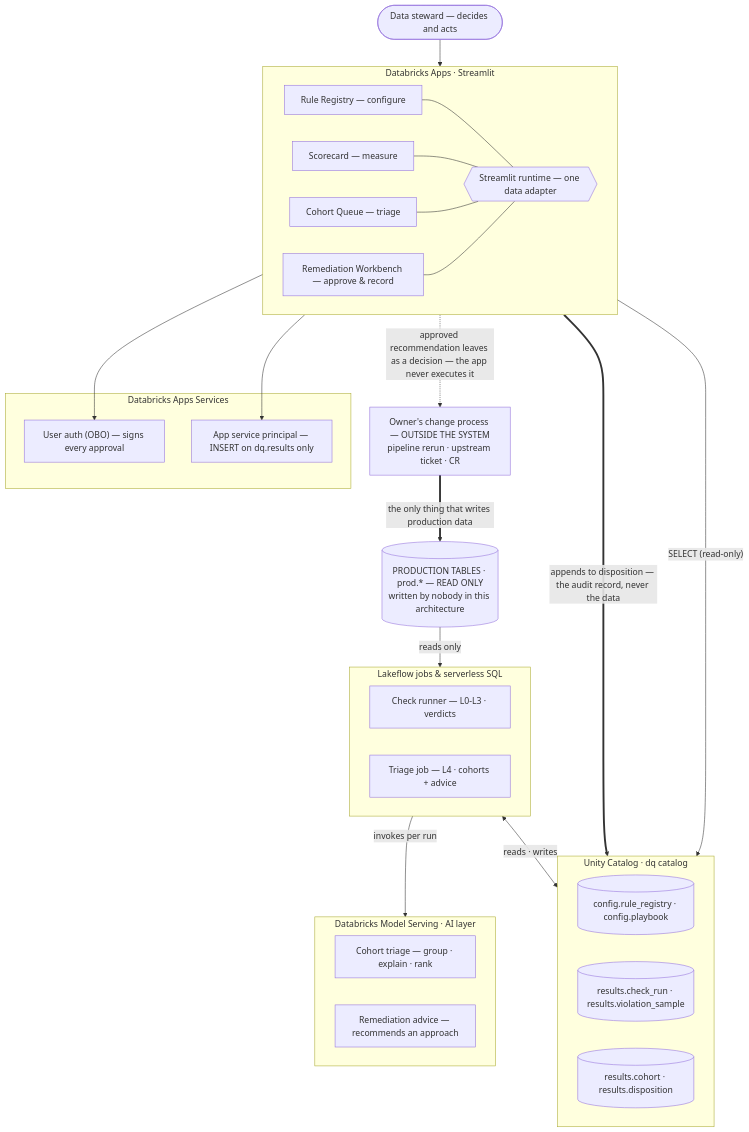
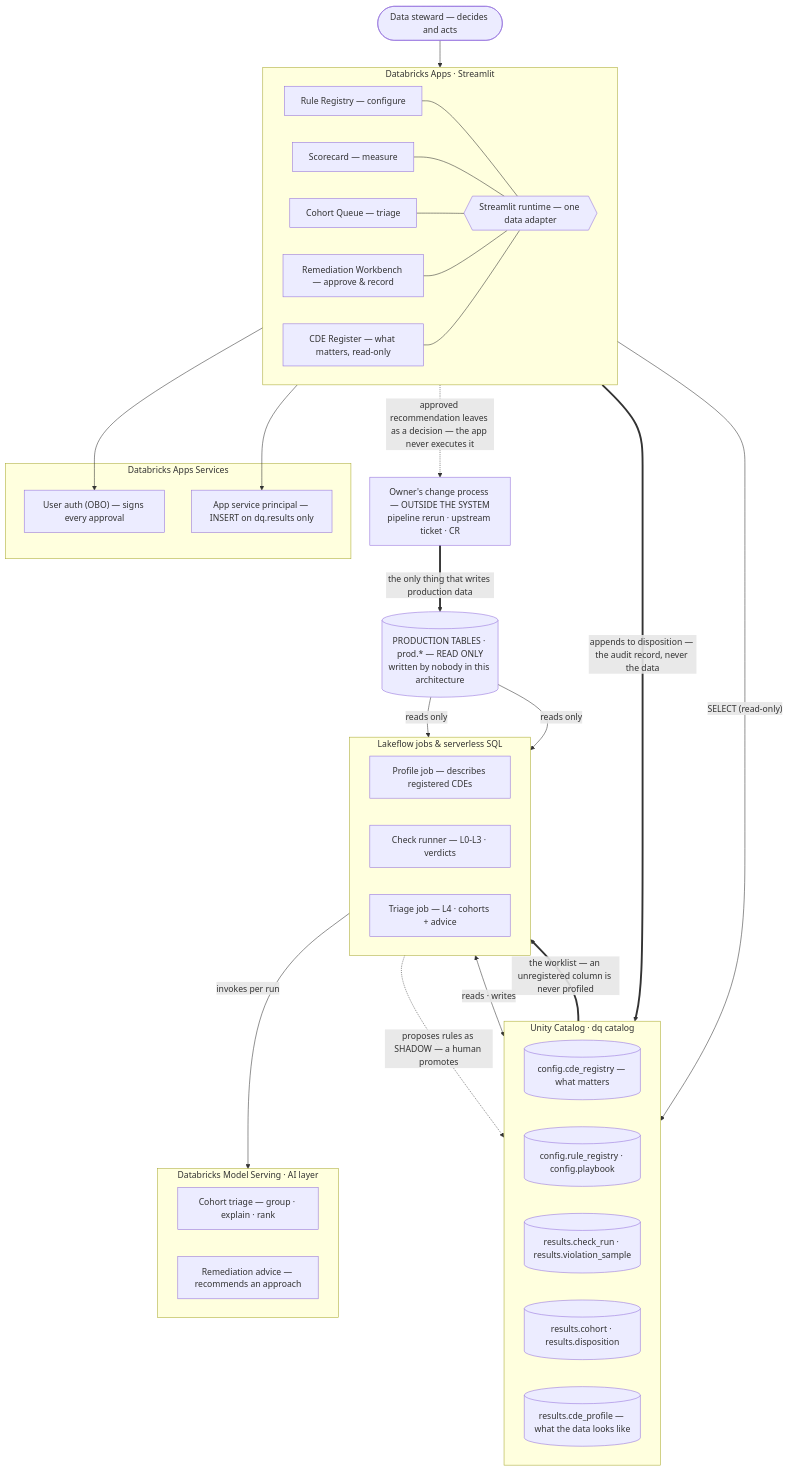
The diagram in dq-architecture-diagram.md (s4545120/dq-triage), drawn with Mermaid before and after one commit. The commit also changed other lines of this file and 28 other files, not shown here.

````diff
--- a/dq-architecture-diagram.md
+++ b/dq-architecture-diagram.md
@@ -6,55 +6,63 @@
 ```mermaid
 flowchart TB
   U(["Data steward — decides and acts"])
 
   subgraph SVC["Databricks Apps Services"]
     SSO["User auth (OBO) — signs every approval"]
     LOG["App service principal — INSERT on dq.results only"]
   end
 
   subgraph APP["Databricks Apps · Streamlit"]
     direction LR
     P1["Rule Registry — configure"]
     P2["Scorecard — measure"]
     P3["Cohort Queue — triage"]
     P4["Remediation Workbench — approve & record"]
+    P5["CDE Register — what matters, read-only"]
     RT{{"Streamlit runtime — one data adapter"}}
     P1 --- RT
     P2 --- RT
     P3 --- RT
     P4 --- RT
+    P5 --- RT
   end
 
   subgraph AI["Databricks Model Serving · AI layer"]
     direction LR
     A1["Cohort triage — group · explain · rank"]
     A2["Remediation advice — recommends an approach"]
   end
 
   subgraph UC["Unity Catalog · dq catalog"]
     direction LR
+    T0[("config.cde_registry — what matters")]
     T1[("config.rule_registry · config.playbook")]
     T2[("results.check_run · results.violation_sample")]
     T3[("results.cohort · results.disposition")]
+    T4[("results.cde_profile — what the data looks like")]
   end
 
   subgraph JOBS["Lakeflow jobs & serverless SQL"]
     direction LR
+    J0["Profile job — describes registered CDEs"]
     J1["Check runner — L0-L3 · verdicts"]
     J2["Triage job — L4 · cohorts + advice"]
   end
 
   PROD[("PRODUCTION TABLES · prod.* — READ ONLY<br/>written by nobody in this architecture")]
 
   U --> RT
   RT --> SSO
   RT --> LOG
   RT -- "SELECT (read-only)" --> UC
   RT == "appends to disposition — the audit record, never the data" ==> T3
   JOBS <-- "reads · writes" --> UC
   J2 -- "invokes per run" --> AI
   PROD -- "reads only" --> J1
+  PROD -- "reads only" --> J0
+  T0 == "the worklist — an unregistered column is never profiled" ==> J0
+  J0 -. "proposes rules as SHADOW — a human promotes" .-> T1
   RT -. "approved recommendation leaves as a decision — the app never executes it" .-> OWNER
   OWNER["Owner's change process — OUTSIDE THE SYSTEM<br/>pipeline rerun · upstream ticket · CR"]
   OWNER == "the only thing that writes production data" ==> PROD
 ```
````
